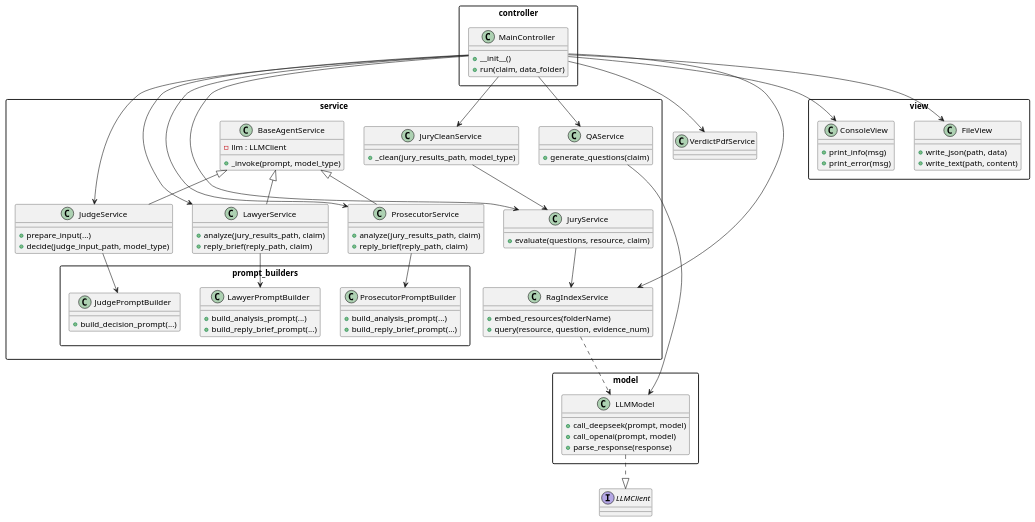
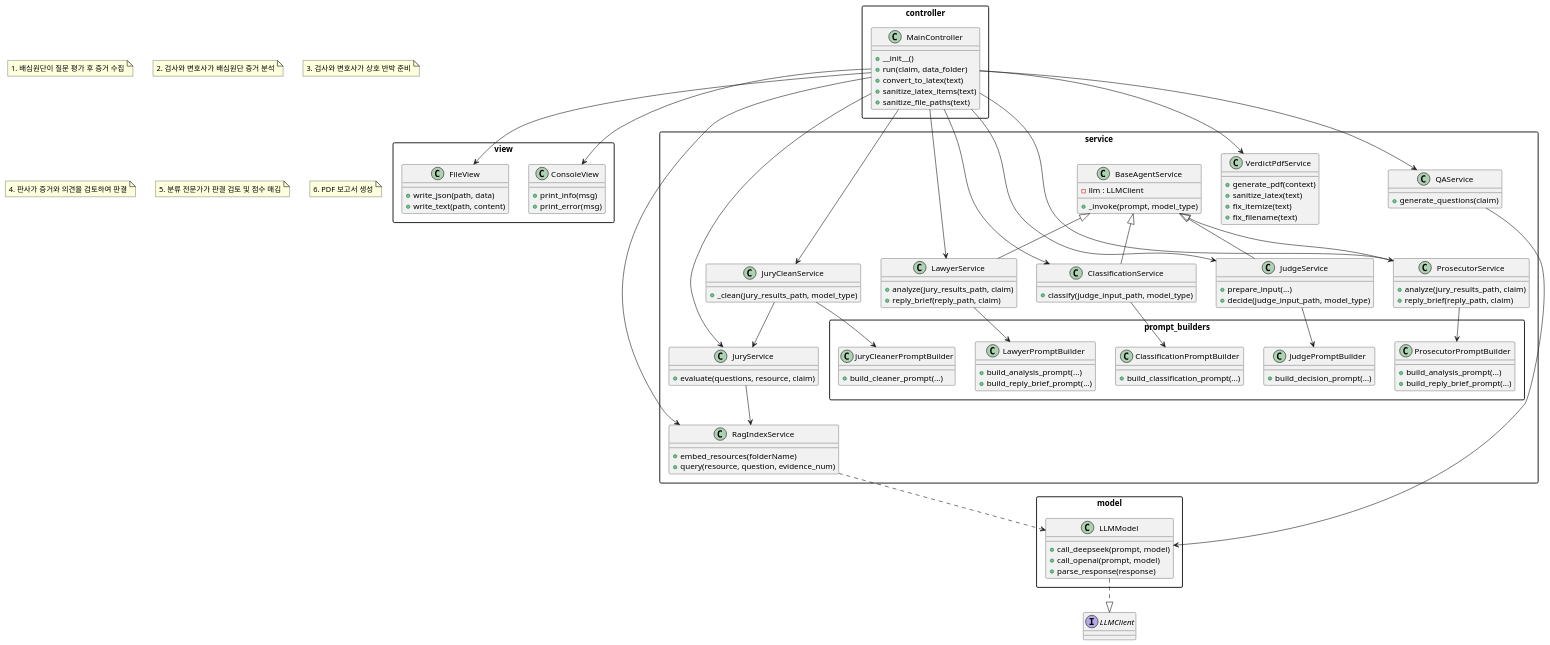
Before and after one commit to Aiden-Kwak/ClimateJudgeLLM-refact-: the diagram in docs/llm.puml, drawn with PlantUML. The commit also changed 34 other files, not shown here.

```diff
--- a/docs/llm.puml
+++ b/docs/llm.puml
@@ -1,107 +1,137 @@
 @startuml
 skinparam packageStyle rect
 
 ' Controller 패키지
 package controller {
   class MainController {
     +__init__()
     +run(claim, data_folder)
+    +convert_to_latex(text)
+    +sanitize_latex_items(text)
+    +sanitize_file_paths(text)
   }
 }
 
 ' Model 패키지
 interface LLMClient
 
 package model {
   class LLMModel {
     +call_deepseek(prompt, model)
     +call_openai(prompt, model)
     +parse_response(response)
   }
   LLMModel ..|> LLMClient
 }
 
 ' Service 패키지
 package service {
   class BaseAgentService {
     -llm : LLMClient
     +_invoke(prompt, model_type)
   }
   class RagIndexService {
     +embed_resources(folderName)
     +query(resource, question, evidence_num)
   }
   class QAService {
     +generate_questions(claim)
   }
   class JuryService {
     +evaluate(questions, resource, claim)
   }
   class JuryCleanService {
     +_clean(jury_results_path, model_type)
   }
   class LawyerService {
     +analyze(jury_results_path, claim)
     +reply_brief(reply_path, claim)
   }
   class ProsecutorService {
     +analyze(jury_results_path, claim)
     +reply_brief(reply_path, claim)
   }
   class JudgeService {
     +prepare_input(...)
     +decide(judge_input_path, model_type)
   }
+  class ClassificationService {
+    +classify(judge_input_path, model_type)
+  }
+  class VerdictPdfService {
+    +generate_pdf(context)
+    +sanitize_latex(text)
+    +fix_itemize(text)
+    +fix_filename(text)
+  }
 
   BaseAgentService <|-- LawyerService
   BaseAgentService <|-- ProsecutorService
   BaseAgentService <|-- JudgeService
-
+  BaseAgentService <|-- ClassificationService
+  
   RagIndexService ..> LLMModel
   QAService --> LLMModel
   JuryService --> RagIndexService
   JuryCleanService --> JuryService
 
   package prompt_builders {
     class LawyerPromptBuilder {
       +build_analysis_prompt(...)
       +build_reply_brief_prompt(...)
     }
     class ProsecutorPromptBuilder {
       +build_analysis_prompt(...)
       +build_reply_brief_prompt(...)
     }
     class JudgePromptBuilder {
       +build_decision_prompt(...)
     }
+    class ClassificationPromptBuilder {
+      +build_classification_prompt(...)
+    }
+    class JuryCleanerPromptBuilder {
+      +build_cleaner_prompt(...)
+    }
   }
   LawyerService --> LawyerPromptBuilder
   ProsecutorService --> ProsecutorPromptBuilder
   JudgeService --> JudgePromptBuilder
+  ClassificationService --> ClassificationPromptBuilder
+  JuryCleanService --> JuryCleanerPromptBuilder
 }
 
 ' View 패키지
 package view {
   class ConsoleView {
     +print_info(msg)
     +print_error(msg)
   }
   class FileView {
     +write_json(path, data)
     +write_text(path, content)
   }
 }
 
-' 의존 관계
+' 의존 관계 및 실행 흐름
 MainController --> ConsoleView
 MainController --> FileView
 MainController --> QAService
 MainController --> RagIndexService
 MainController --> JuryService
 MainController --> JuryCleanService
 MainController --> LawyerService
 MainController --> ProsecutorService
 MainController --> JudgeService
+MainController --> ClassificationService
 MainController --> VerdictPdfService
 
+' 수정된 워크플로우
+note "1. 배심원단이 질문 평가 후 증거 수집" as N1
+note "2. 검사와 변호사가 배심원단 증거 분석" as N2
+note "3. 검사와 변호사가 상호 반박 준비" as N3
+note "4. 판사가 증거와 의견을 검토하여 판결" as N4
+note "5. 분류 전문가가 판결 검토 및 점수 매김" as N5
+note "6. PDF 보고서 생성" as N6
+
 @enduml
```
